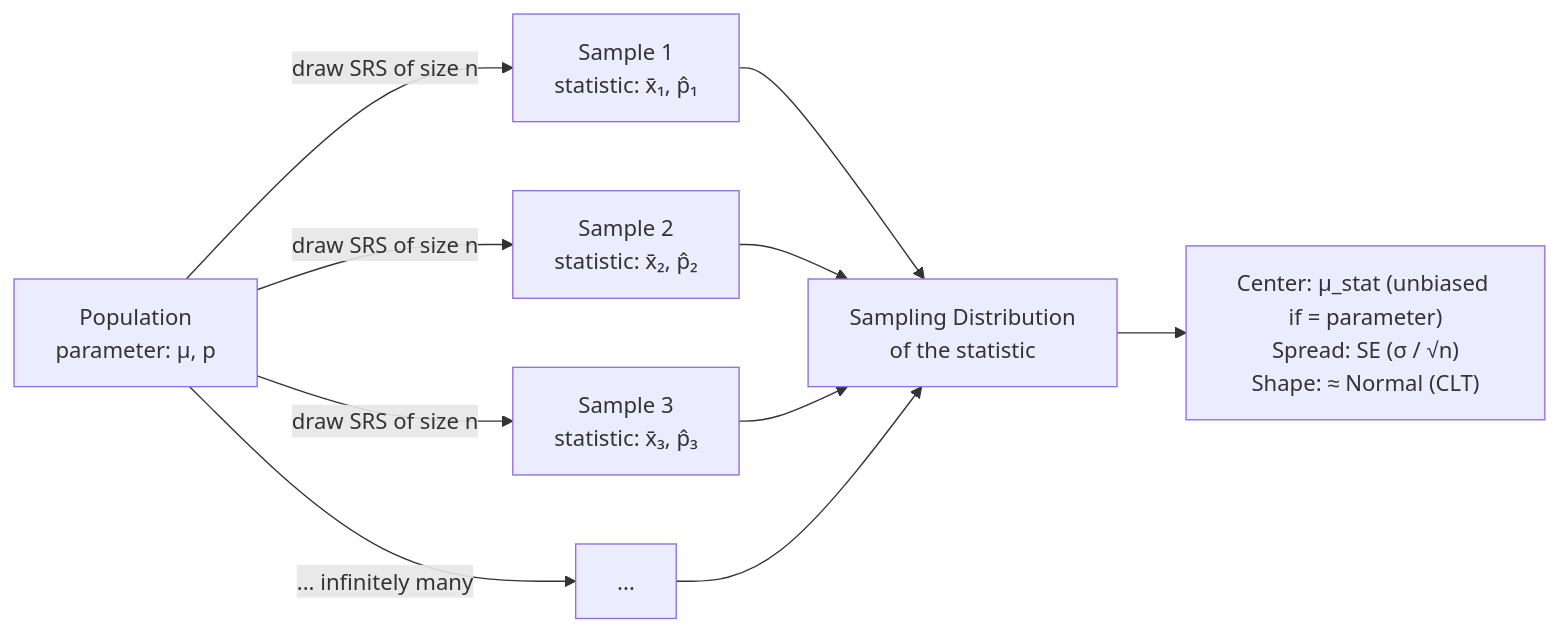
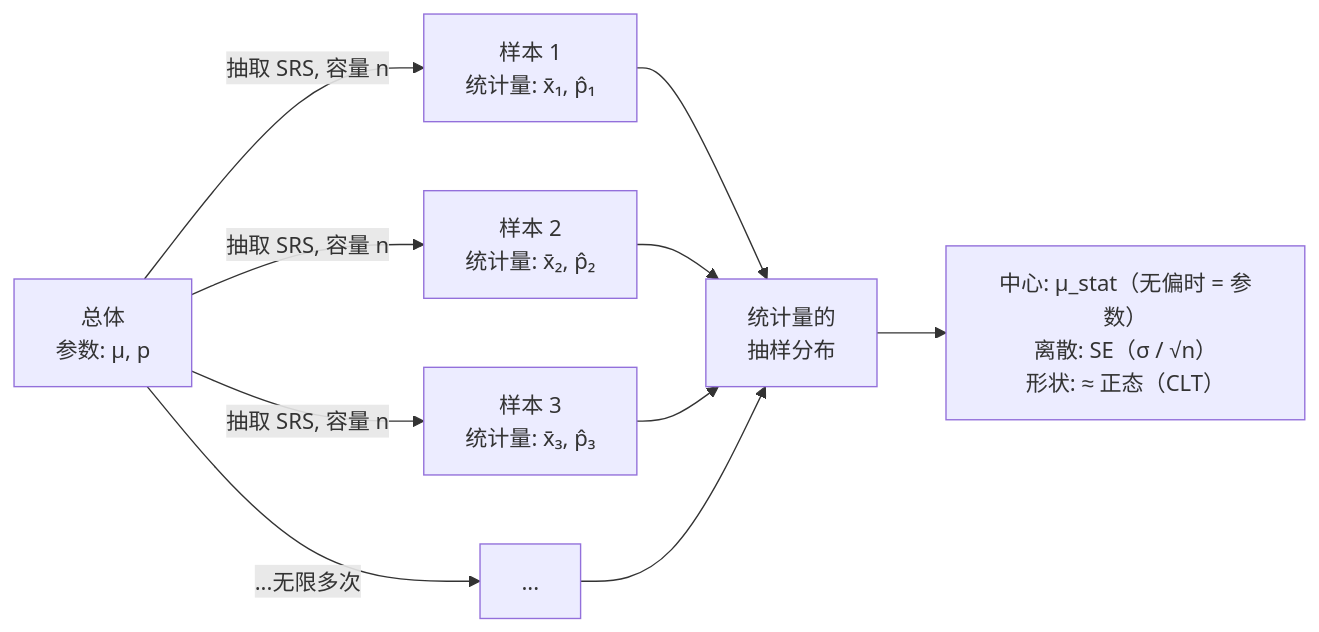
One commit to xieguaiwu/Notes changed the first of 2 diagrams in Math/Statistics/AP_Statistics/Unit_5_Sampling_Distributions.md. Above: the diagram before and after it, drawn with Mermaid. The commit also changed other lines of this file and 30 other files, not shown here.

Commit message:
obsidian-note-generation: translate all AP Statistics notes to Chinese, fix format issues (H1, --- separators, Unicode→LaTeX), add chart types review note

````diff
--- a/Math/Statistics/AP_Statistics/Unit_5_Sampling_Distributions.md
+++ b/Math/Statistics/AP_Statistics/Unit_5_Sampling_Distributions.md
@@ -29,12 +25,12 @@
 ```mermaid
 flowchart LR
-    A[Population<br/>parameter: μ, p] -->|draw SRS of size n| B[Sample 1<br/>statistic: x̄₁, p̂₁]
-    A -->|draw SRS of size n| C[Sample 2<br/>statistic: x̄₂, p̂₂]
-    A -->|draw SRS of size n| D[Sample 3<br/>statistic: x̄₃, p̂₃]
-    A -->|... infinitely many| E[...]
-    B --> F[Sampling Distribution<br/>of the statistic]
+    A["总体<br/>参数: μ, p"] -->|"抽取 SRS, 容量 n"| B["样本 1<br/>统计量: x̄₁, p̂₁"]
+    A -->|"抽取 SRS, 容量 n"| C["样本 2<br/>统计量: x̄₂, p̂₂"]
+    A -->|"抽取 SRS, 容量 n"| D["样本 3<br/>统计量: x̄₃, p̂₃"]
+    A -->|"...无限多次"| E[...]
+    B --> F["统计量的<br/>抽样分布"]
     C --> F
     D --> F
     E --> F
-    F --> G["Center: μ_stat (unbiased if = parameter)<br/>Spread: SE (σ / √n)<br/>Shape: ≈ Normal (CLT)"]
+    F --> G["中心: μ_stat（无偏时 = 参数）<br/>离散: SE（σ / √n）<br/>形状: ≈ 正态（CLT）"]
 ```
````
